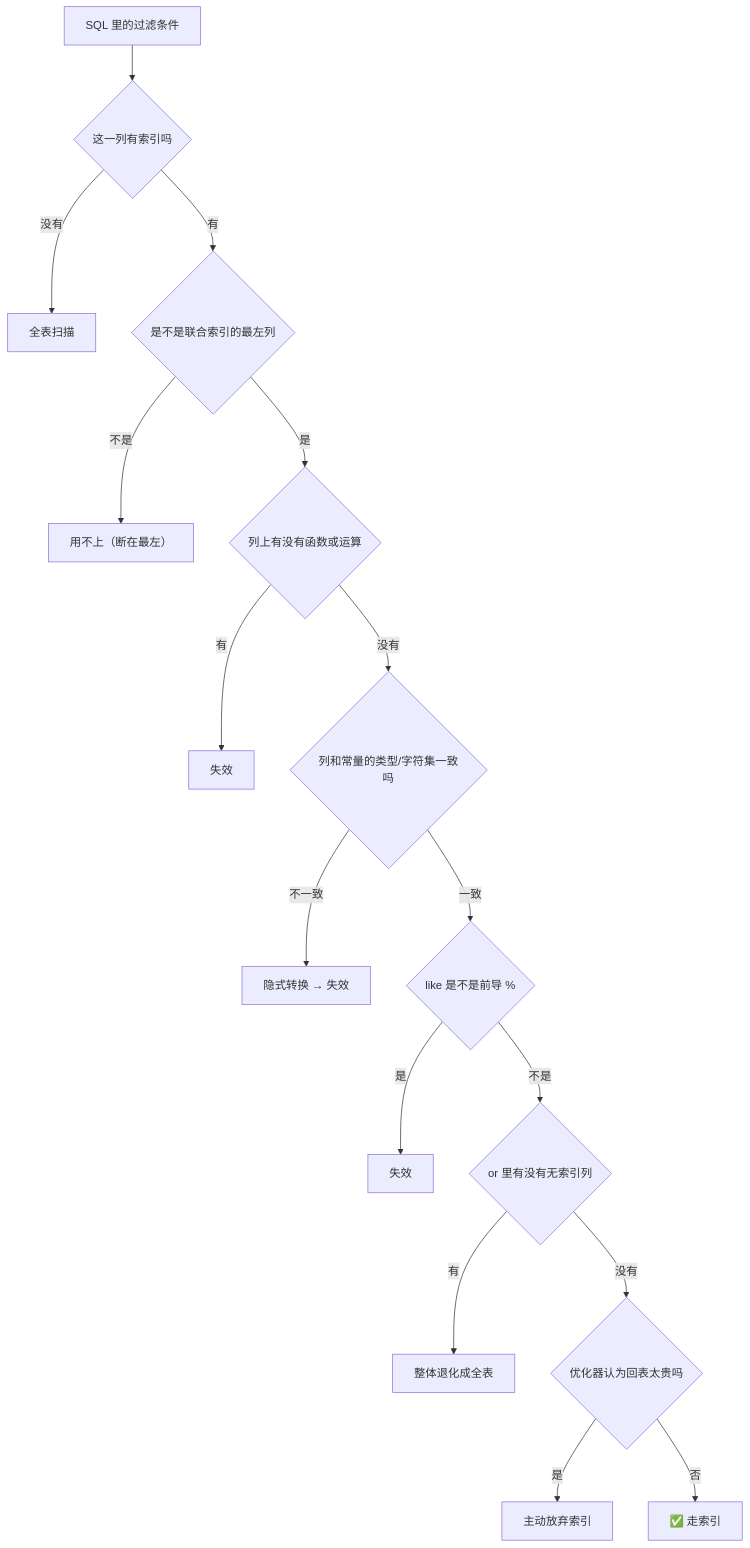
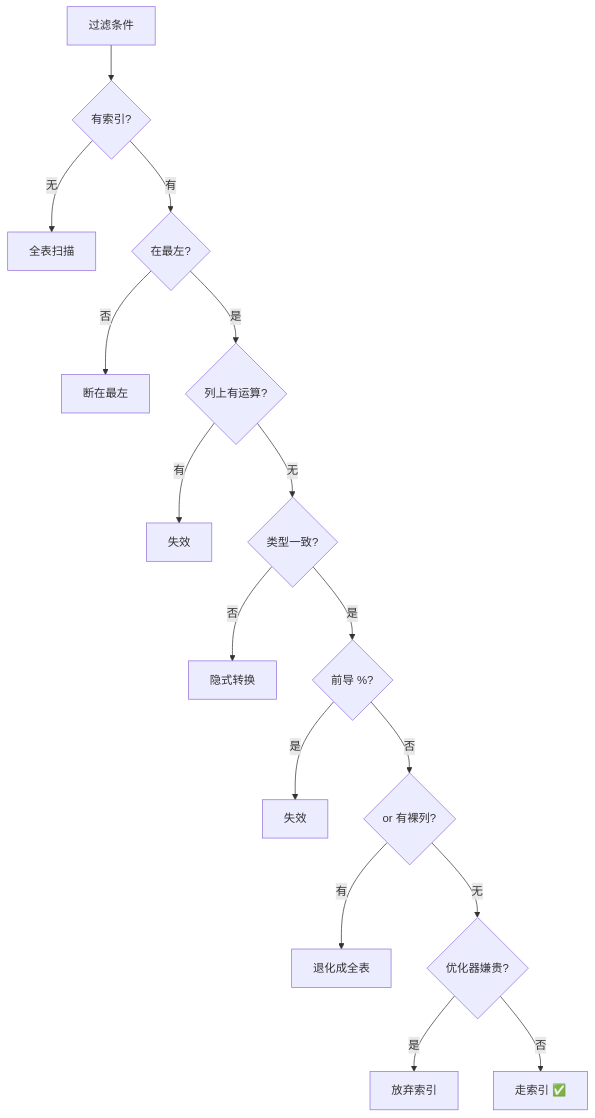
One commit to moropxin/learning changed the diagram in study/plans/MySQL/进阶篇/day4-索引失效与EXPLAIN.md. Above: the diagram before and after it, drawn with Mermaid. The commit also changed other lines of this file and 3 other files, not shown here.

Commit message:
docs: 填入 Day4 实验记录表并新增 Day5（插入/主键/排序/分组优化）；收短 mermaid 节点文字避免裁切

````diff
--- a/study/plans/MySQL/进阶篇/day4-索引失效与EXPLAIN.md
+++ b/study/plans/MySQL/进阶篇/day4-索引失效与EXPLAIN.md
@@ -96,18 +96,18 @@
 ```mermaid
 flowchart TD
-    A["SQL 里的过滤条件"] --> B{"这一列有索引吗"}
-    B -->|没有| X1["全表扫描"]
-    B -->|有| C{"是不是联合索引的最左列"}
-    C -->|不是| X2["用不上（断在最左）"]
-    C -->|是| D{"列上有没有函数或运算"}
+    A["过滤条件"] --> B{"有索引?"}
+    B -->|无| X1["全表扫描"]
+    B -->|有| C{"在最左?"}
+    C -->|否| X2["断在最左"]
+    C -->|是| D{"列上有运算?"}
     D -->|有| X3["失效"]
-    D -->|没有| E{"列和常量的类型/字符集一致吗"}
-    E -->|不一致| X4["隐式转换 → 失效"]
-    E -->|一致| F{"like 是不是前导 %"}
+    D -->|无| E{"类型一致?"}
+    E -->|否| X4["隐式转换"]
+    E -->|是| F{"前导 %?"}
     F -->|是| X5["失效"]
-    F -->|不是| G{"or 里有没有无索引列"}
-    G -->|有| X6["整体退化成全表"]
-    G -->|没有| H{"优化器认为回表太贵吗"}
-    H -->|是| X7["主动放弃索引"]
-    H -->|否| OK["✅ 走索引"]
+    F -->|否| G{"or 有裸列?"}
+    G -->|有| X6["退化成全表"]
+    G -->|无| H{"优化器嫌贵?"}
+    H -->|是| X7["放弃索引"]
+    H -->|否| OK["走索引 ✅"]
 ```
````
